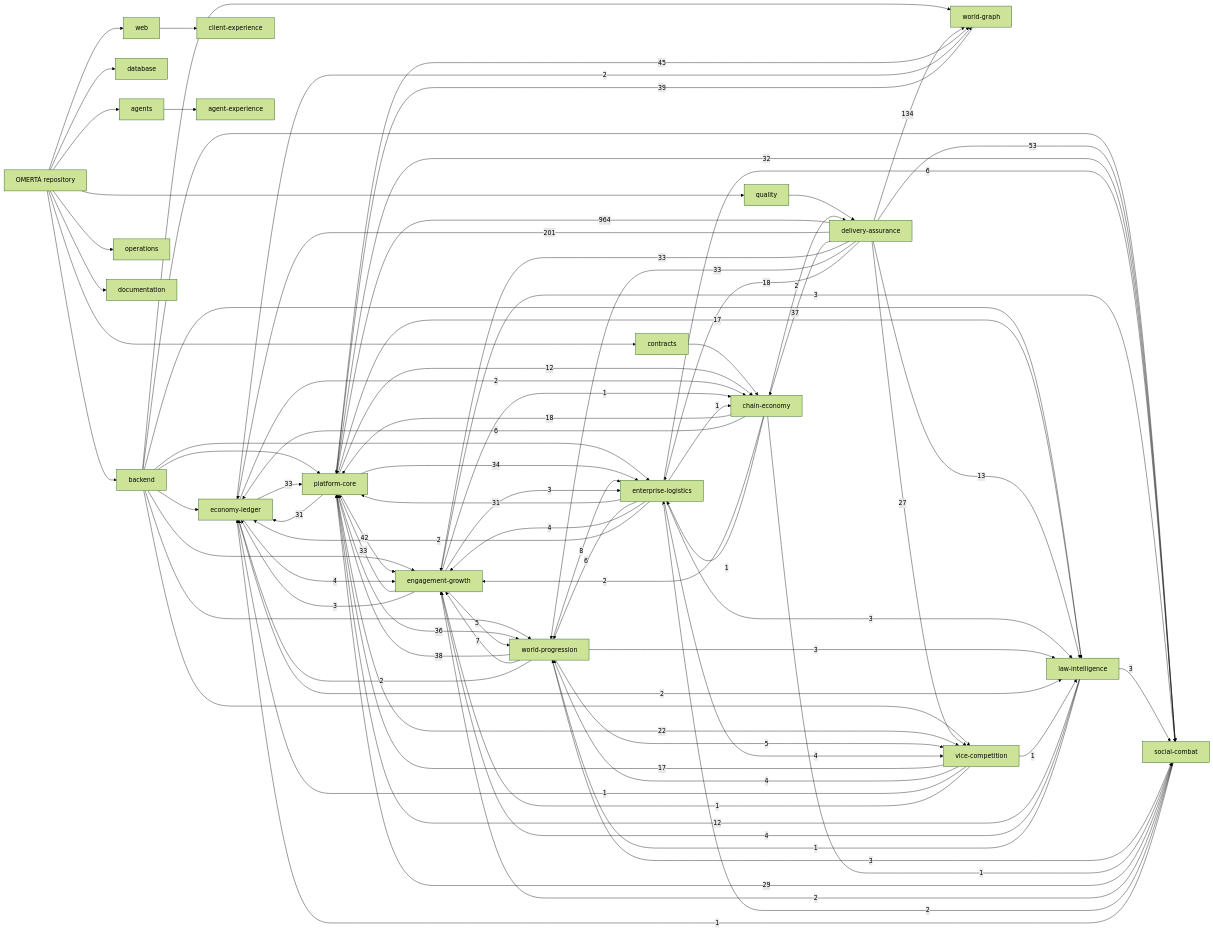
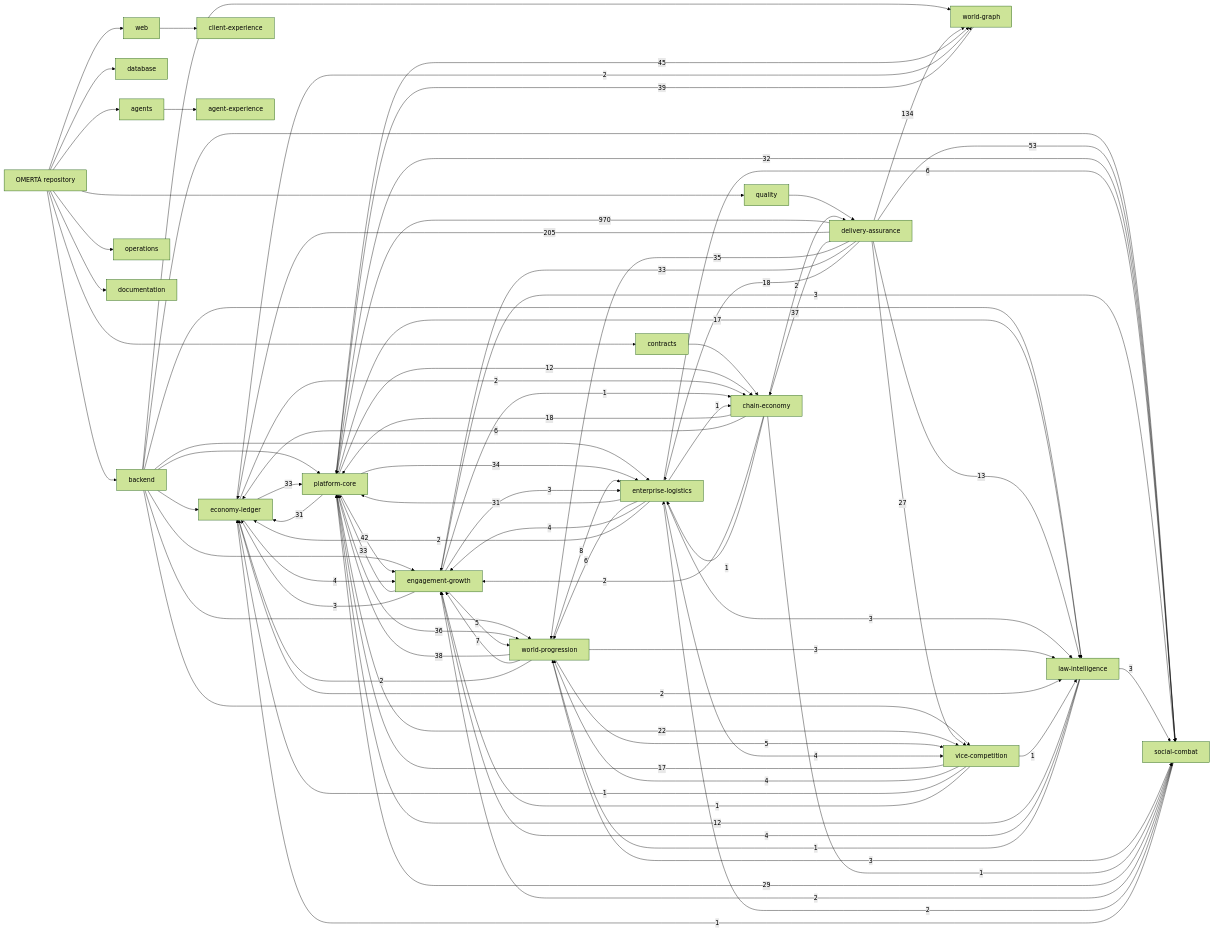
Before and after one commit to OmertaDev/Omerta: the diagram in knowledge/generated/graph.mmd, drawn with Mermaid (forest theme). The commit also changed 6 other files, not shown here.

```diff
--- a/knowledge/generated/graph.mmd
+++ b/knowledge/generated/graph.mmd
@@ -1,109 +1,109 @@
 flowchart LR
   repo["OMERTÀ repository"]
   sub_backend["backend"]
   repo --> sub_backend
   sub_database["database"]
   repo --> sub_database
   sub_web["web"]
   repo --> sub_web
   sub_contracts["contracts"]
   repo --> sub_contracts
   sub_agents["agents"]
   repo --> sub_agents
   sub_quality["quality"]
   repo --> sub_quality
   sub_operations["operations"]
   repo --> sub_operations
   sub_documentation["documentation"]
   repo --> sub_documentation
   dom_platform-core["platform-core"]
   dom_economy-ledger["economy-ledger"]
   dom_social-combat["social-combat"]
   dom_world-progression["world-progression"]
   dom_world-graph["world-graph"]
   dom_enterprise-logistics["enterprise-logistics"]
   dom_vice-competition["vice-competition"]
   dom_law-intelligence["law-intelligence"]
   dom_chain-economy["chain-economy"]
   dom_engagement-growth["engagement-growth"]
   dom_client-experience["client-experience"]
   dom_agent-experience["agent-experience"]
   dom_delivery-assurance["delivery-assurance"]
   sub_agents --> dom_agent-experience
   sub_backend --> dom_economy-ledger
   sub_backend --> dom_engagement-growth
   sub_backend --> dom_enterprise-logistics
   sub_backend --> dom_law-intelligence
   sub_backend --> dom_platform-core
   sub_backend --> dom_social-combat
   sub_backend --> dom_vice-competition
   sub_backend --> dom_world-graph
   sub_backend --> dom_world-progression
   sub_contracts --> dom_chain-economy
   sub_quality --> dom_delivery-assurance
   sub_web --> dom_client-experience
-  dom_delivery-assurance -->|964| dom_platform-core
-  dom_delivery-assurance -->|201| dom_economy-ledger
+  dom_delivery-assurance -->|970| dom_platform-core
+  dom_delivery-assurance -->|205| dom_economy-ledger
   dom_delivery-assurance -->|134| dom_world-graph
   dom_delivery-assurance -->|53| dom_social-combat
   dom_platform-core -->|45| dom_world-graph
   dom_platform-core -->|42| dom_engagement-growth
   dom_world-graph -->|39| dom_platform-core
   dom_world-progression -->|38| dom_platform-core
   dom_delivery-assurance -->|37| dom_chain-economy
   dom_platform-core -->|36| dom_world-progression
+  dom_delivery-assurance -->|35| dom_world-progression
   dom_platform-core -->|34| dom_enterprise-logistics
   dom_delivery-assurance -->|33| dom_engagement-growth
-  dom_delivery-assurance -->|33| dom_world-progression
   dom_economy-ledger -->|33| dom_platform-core
   dom_engagement-growth -->|33| dom_platform-core
   dom_platform-core -->|32| dom_social-combat
   dom_enterprise-logistics -->|31| dom_platform-core
   dom_platform-core -->|31| dom_economy-ledger
   dom_social-combat -->|29| dom_platform-core
   dom_delivery-assurance -->|27| dom_vice-competition
   dom_platform-core -->|22| dom_vice-competition
   dom_chain-economy -->|18| dom_platform-core
   dom_delivery-assurance -->|18| dom_enterprise-logistics
   dom_platform-core -->|17| dom_law-intelligence
   dom_vice-competition -->|17| dom_platform-core
   dom_delivery-assurance -->|13| dom_law-intelligence
   dom_law-intelligence -->|12| dom_platform-core
   dom_platform-core -->|12| dom_chain-economy
   dom_world-progression -->|8| dom_enterprise-logistics
   dom_world-progression -->|7| dom_engagement-growth
   dom_chain-economy -->|6| dom_economy-ledger
   dom_enterprise-logistics -->|6| dom_social-combat
   dom_enterprise-logistics -->|6| dom_world-progression
   dom_engagement-growth -->|5| dom_world-progression
   dom_world-progression -->|5| dom_vice-competition
   dom_economy-ledger -->|4| dom_engagement-growth
   dom_enterprise-logistics -->|4| dom_engagement-growth
   dom_enterprise-logistics -->|4| dom_vice-competition
   dom_law-intelligence -->|4| dom_engagement-growth
   dom_vice-competition -->|4| dom_world-progression
   dom_engagement-growth -->|3| dom_economy-ledger
   dom_engagement-growth -->|3| dom_enterprise-logistics
   dom_engagement-growth -->|3| dom_social-combat
   dom_enterprise-logistics -->|3| dom_law-intelligence
   dom_law-intelligence -->|3| dom_social-combat
   dom_world-progression -->|3| dom_law-intelligence
   dom_world-progression -->|3| dom_social-combat
   dom_chain-economy -->|2| dom_delivery-assurance
   dom_chain-economy -->|2| dom_engagement-growth
   dom_economy-ledger -->|2| dom_chain-economy
   dom_economy-ledger -->|2| dom_law-intelligence
   dom_economy-ledger -->|2| dom_world-graph
   dom_enterprise-logistics -->|2| dom_economy-ledger
   dom_social-combat -->|2| dom_engagement-growth
   dom_social-combat -->|2| dom_enterprise-logistics
   dom_world-progression -->|2| dom_economy-ledger
   dom_chain-economy -->|1| dom_enterprise-logistics
   dom_chain-economy -->|1| dom_social-combat
   dom_engagement-growth -->|1| dom_chain-economy
   dom_enterprise-logistics -->|1| dom_chain-economy
   dom_law-intelligence -->|1| dom_world-progression
   dom_social-combat -->|1| dom_economy-ledger
   dom_vice-competition -->|1| dom_economy-ledger
   dom_vice-competition -->|1| dom_engagement-growth
   dom_vice-competition -->|1| dom_law-intelligence
```
